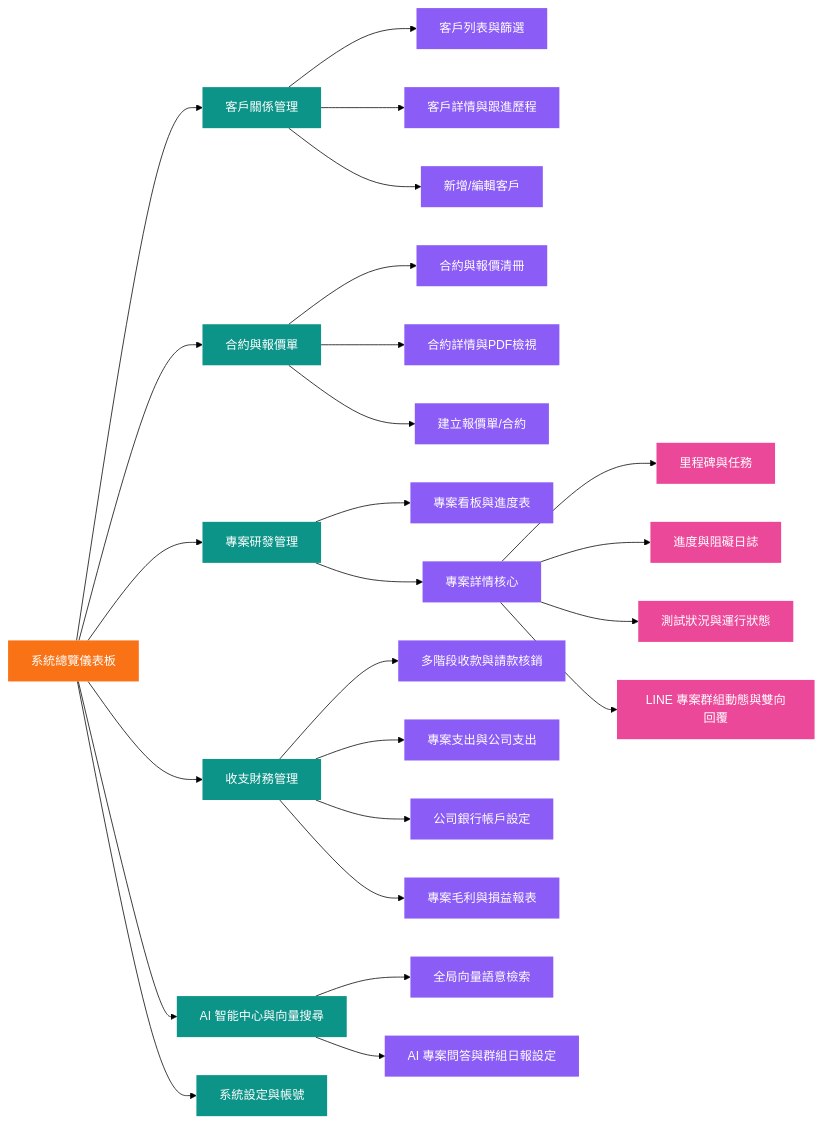
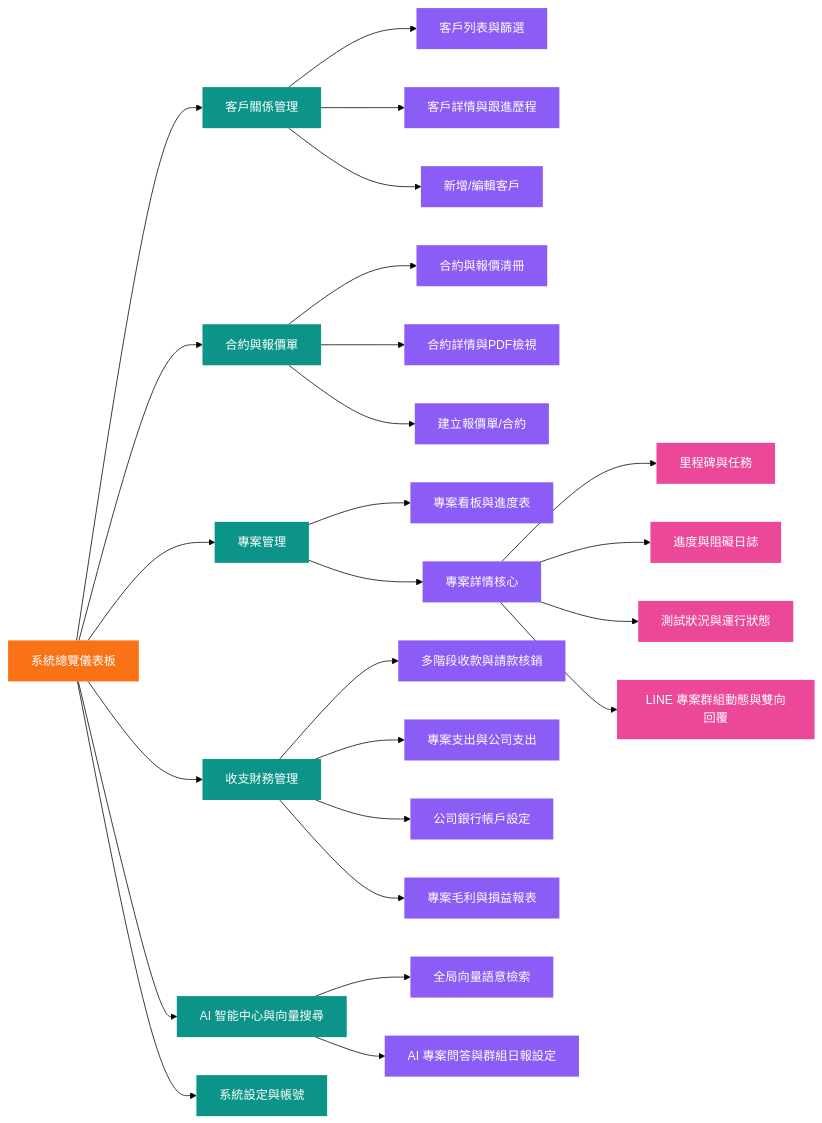
Before and after one commit to kawawei/liheng-system: the first of 4 diagrams in 需求/1_產品規格文檔_PRD.md, drawn with Mermaid (forest theme). The commit also changed other lines of this file and 13 other files, not shown here.

Commit message:
refactor(wbs): rename PMS to WBS, change project r&d to project management, update icon buttons and remove contracts page

````diff
--- a/需求/1_產品規格文檔_PRD.md
+++ b/需求/1_產品規格文檔_PRD.md
@@ -56,39 +56,39 @@
 ```mermaid
 graph LR
     classDef level1 fill:#f97316,stroke:none,color:white;
     classDef level2 fill:#0d9488,stroke:none,color:white;
     classDef level3 fill:#8b5cf6,stroke:none,color:white;
     classDef level4 fill:#ec4899,stroke:none,color:white;
 
     Dashboard[系統總覽儀表板]:::level1
 
     Dashboard --> CRM[客戶關係管理]:::level2
     CRM --> ClientList[客戶列表與篩選]:::level3
     CRM --> ClientDetail[客戶詳情與跟進歷程]:::level3
     CRM --> ClientForm[新增/編輯客戶]:::level3
 
     Dashboard --> Contract[合約與報價單]:::level2
     Contract --> ContractList[合約與報價清冊]:::level3
     Contract --> ContractDetail[合約詳情與PDF檢視]:::level3
     Contract --> ContractForm[建立報價單/合約]:::level3
 
-    Dashboard --> PMS[專案研發管理]:::level2
-    PMS --> ProjectList[專案看板與進度表]:::level3
-    PMS --> ProjectDetail[專案詳情核心]:::level3
+    Dashboard --> WBS[專案管理]:::level2
+    WBS --> ProjectList[專案看板與進度表]:::level3
+    WBS --> ProjectDetail[專案詳情核心]:::level3
     ProjectDetail --> TaskMilestone[里程碑與任務]:::level4
     ProjectDetail --> ProgressLog[進度與阻礙日誌]:::level4
     ProjectDetail --> QAMonitor[測試狀況與運行狀態]:::level4
     ProjectDetail --> LineChatSync[LINE 專案群組動態與雙向回覆]:::level4
 
     Dashboard --> Finance[收支財務管理]:::level2
     Finance --> PaymentTerms[多階段收款與請款核銷]:::level3
     Finance --> ExpenseList[專案支出與公司支出]:::level3
     Finance --> BankAccounts[公司銀行帳戶設定]:::level3
     Finance --> ProfitAnalysis[專案毛利與損益報表]:::level3
 
     Dashboard --> AISearch[AI 智能中心與向量搜尋]:::level2
     AISearch --> SemanticSearch[全局向量語意檢索]:::level3
     AISearch --> AIRobotAgent[AI 專案問答與群組日報設定]:::level3
 
     Dashboard --> SystemSettings[系統設定與帳號]:::level2
 ```
````
